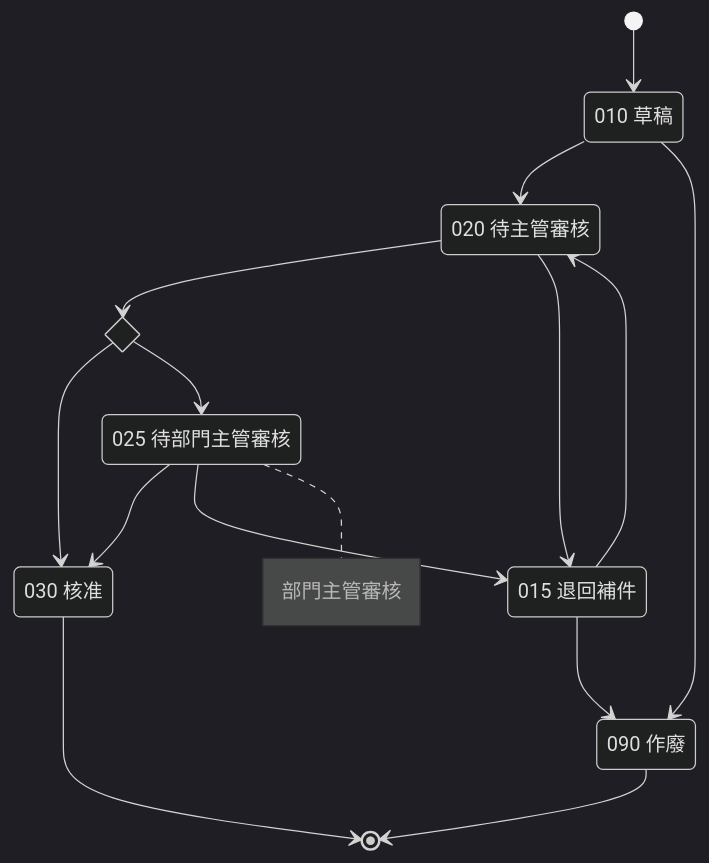
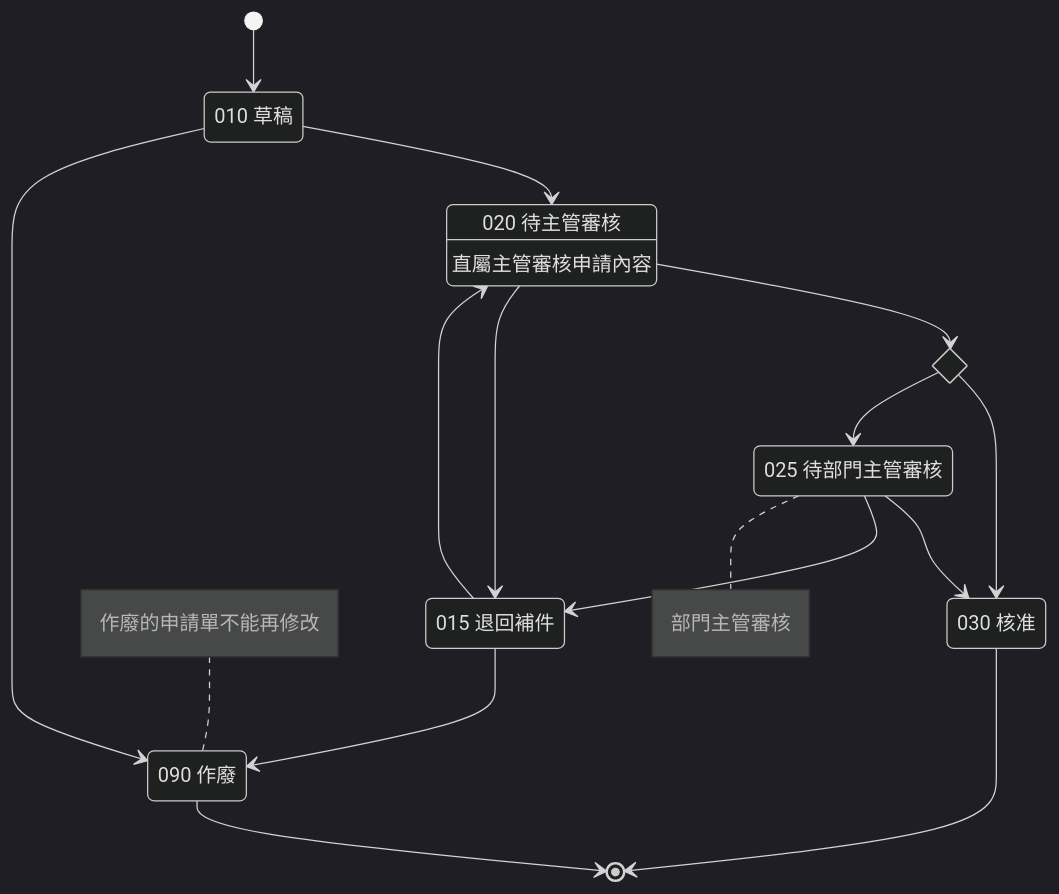
Before and after one commit to jonny50905/MCPSample: the second of 2 diagrams in docs/design/spec-schema-framework/examples/walkthrough/input/status-REQ_STATUS.md, drawn with Mermaid (dark theme). The commit also changed 70 other files, not shown here.

````diff
--- a/docs/design/spec-schema-framework/examples/walkthrough/input/status-REQ_STATUS.md
+++ b/docs/design/spec-schema-framework/examples/walkthrough/input/status-REQ_STATUS.md
@@ -24,24 +24,26 @@
 ```mermaid
 stateDiagram-v2
     state "010 草稿" as S010
     state "015 退回補件" as S015
     state "020 待主管審核" as S020
     state "025 待部門主管審核" as S025
     state "030 核准" as S030
     state "090 作廢" as S090
     state amount_check <<choice>>
     [*] --> S010
     S010 --> S020
     S015 --> S020
     S020 --> amount_check
     amount_check --> S030
     amount_check --> S025
     S025 --> S030
     S020 --> S015
     S025 --> S015
     S010 --> S090
     S015 --> S090
     S030 --> [*]
     S090 --> [*]
+    S020 : 直屬主管審核申請內容
     note right of S025 : 部門主管審核
+    note left of S090 : 作廢的申請單不能再修改
 ```
````
